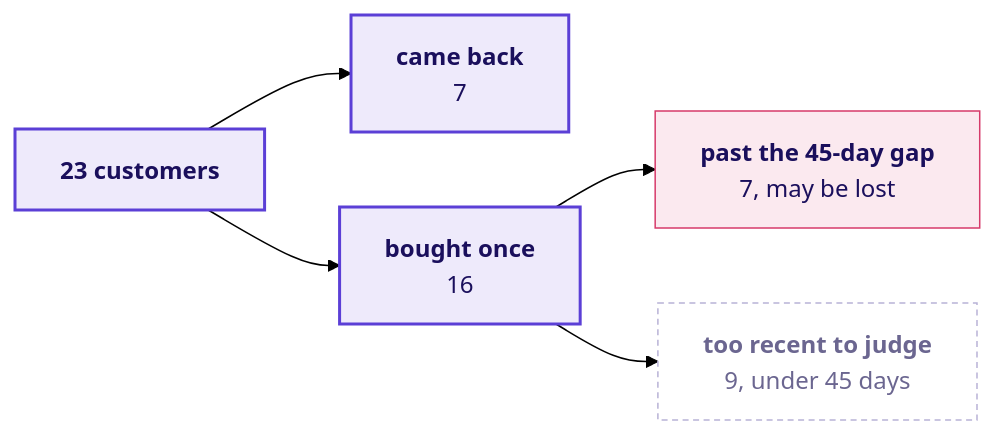
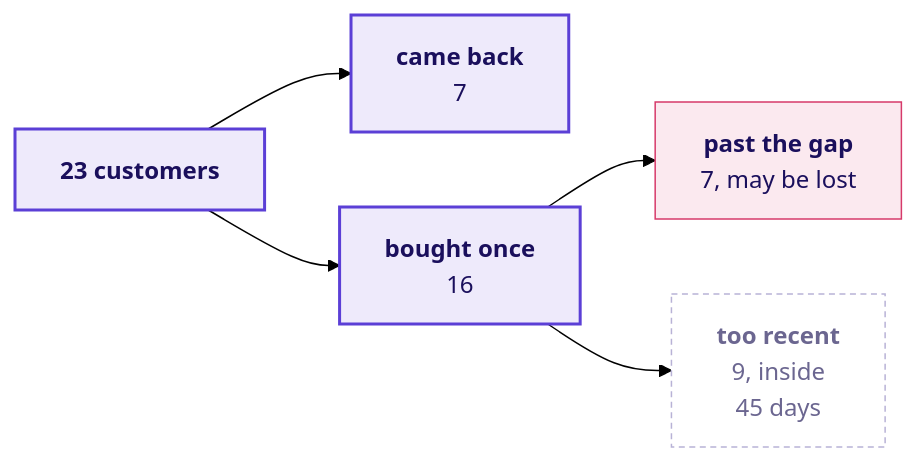
Diagram 13 of 20 in content/W01/D1/slides/C2_W01_D01_half2_STUDENT.md (fde-academy-lab/c2-content-factory), drawn with Mermaid (forest theme) before and after one commit. The commit also changed other lines of this file and 4 other files, not shown here.

````diff
--- a/content/W01/D1/slides/C2_W01_D01_half2_STUDENT.md
+++ b/content/W01/D1/slides/C2_W01_D01_half2_STUDENT.md
@@ -662,13 +664,13 @@
 ```mermaid
 flowchart LR
     T["<b>23 customers</b>"] --> B["<b>came back</b><br/>7"]
     T --> O["<b>bought once</b><br/>16"]
-    O --> P["<b>past the 45-day gap</b><br/>7, may be lost"]
-    O --> R["<b>too recent to judge</b><br/>9, under 45 days"]
+    O --> P["<b>past the gap</b><br/>7, may be lost"]
+    O --> R["<b>too recent</b><br/>9, inside<br/>45 days"]
     classDef known fill:#EEEAFB,stroke:#5B3FD6,color:#1A0F5C,stroke-width:2px
     classDef unknown fill:#FFFFFF,stroke:#B8B2D6,color:#6B6690,stroke-dasharray:4 3
     classDef bad fill:#FBE9EF,stroke:#D63A6A,color:#1A0F5C
     class T,B,O known
     class P bad
     class R unknown
 ```
````
